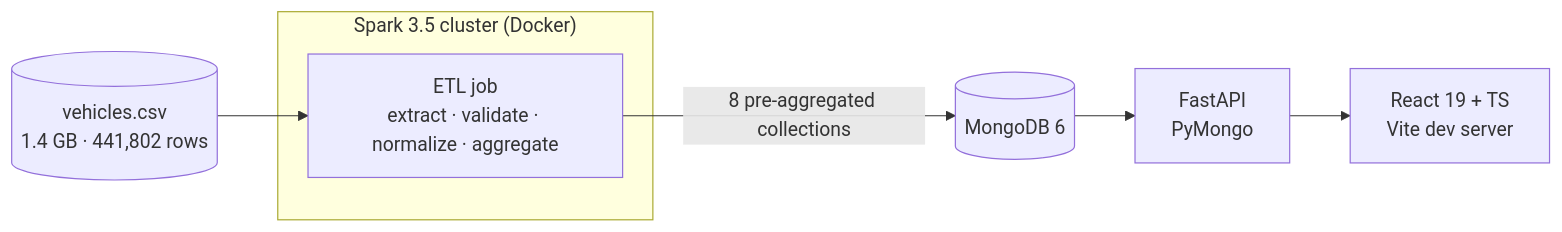
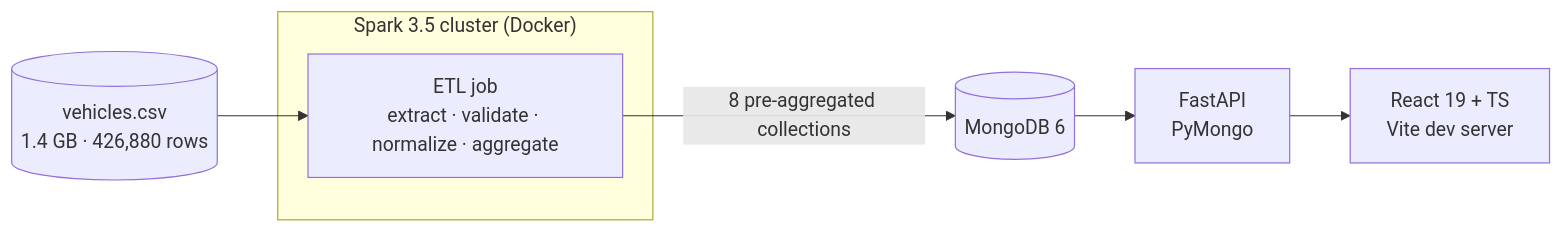
The first of 2 diagrams in docs/architecture.md (Erenriquezp/AutoInsights), drawn with Mermaid before and after one commit. The commit also changed 2 other files, not shown here.

Commit message:
docs: correct ETL row counts to the measured run (AI-03)
The previous figures came from the exploration notebook, which reads
the CSV without multiLine, so line breaks in descriptions split
listings into extra rows. The ETL reads 426,880 rows and keeps 354,649.

````diff
--- a/docs/architecture.md
+++ b/docs/architecture.md
@@ -7,10 +7,10 @@
 ```mermaid
 flowchart LR
-    CSV[(vehicles.csv<br/>1.4 GB · 441,802 rows)] --> ETL
+    CSV[(vehicles.csv<br/>1.4 GB · 426,880 rows)] --> ETL
     subgraph Spark["Spark 3.5 cluster (Docker)"]
         ETL[ETL job<br/>extract · validate · normalize · aggregate]
     end
     ETL -->|8 pre-aggregated collections| DB[(MongoDB 6)]
     DB --> API[FastAPI<br/>PyMongo]
     API --> UI[React 19 + TS<br/>Vite dev server]
 ```
````
